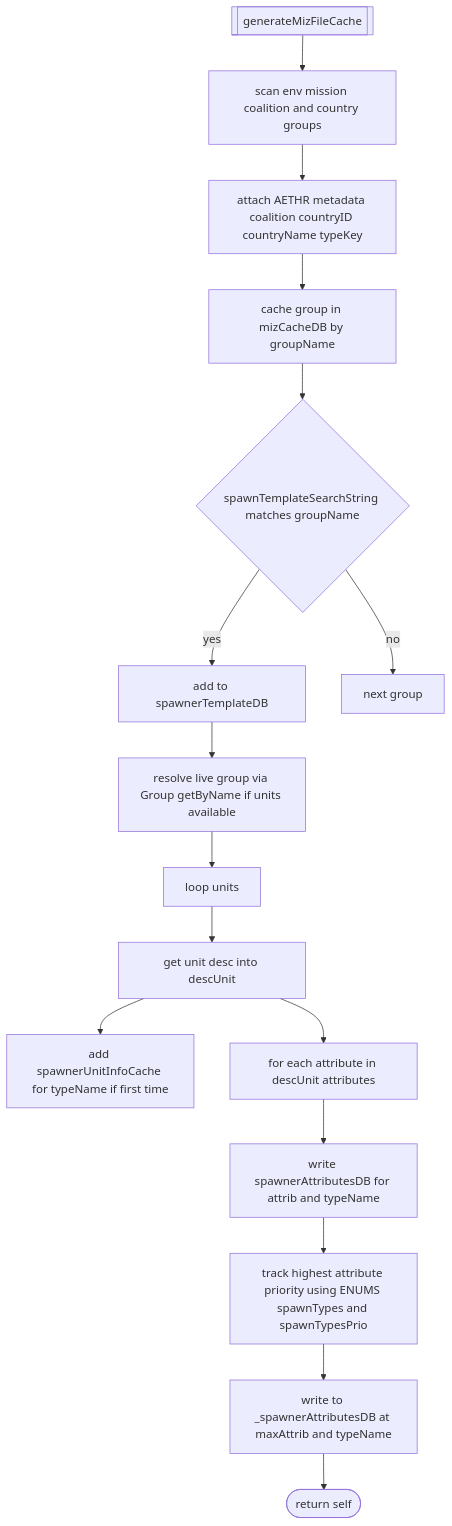
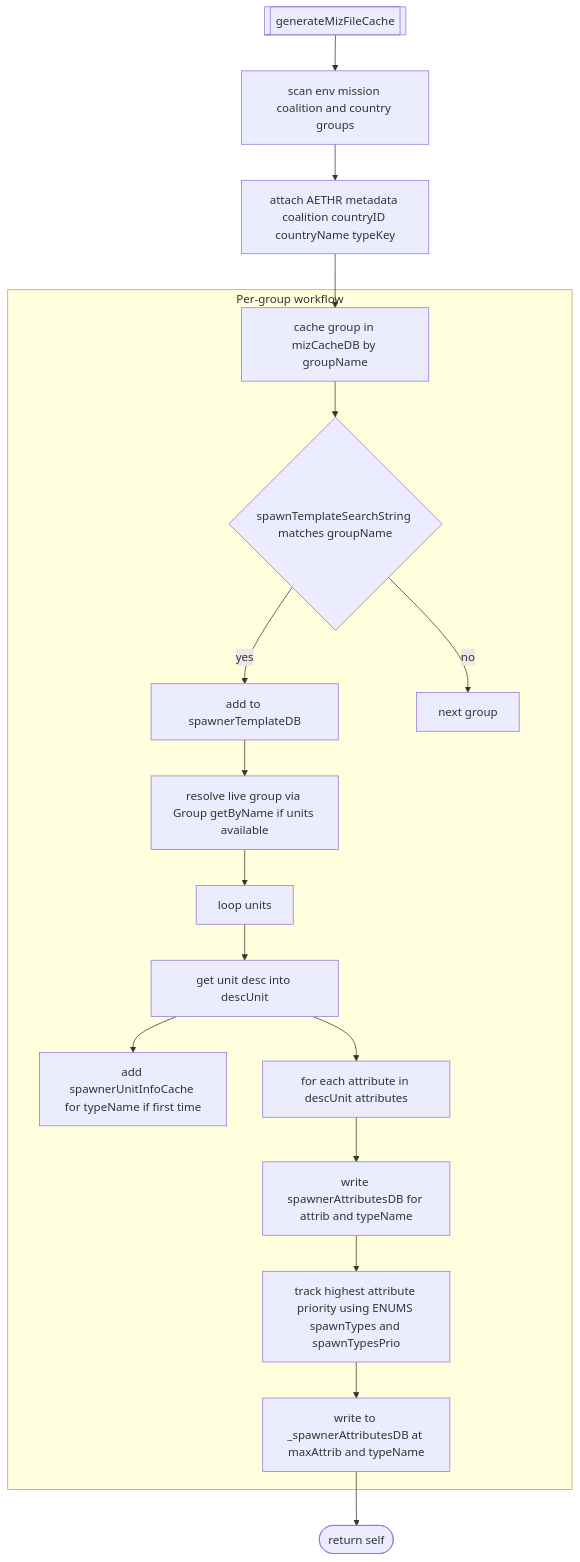
The second of 4 diagrams in docs/world/miz_cache.md (Gh0st352/AETHR), drawn with Mermaid before and after one commit. The commit also changed other lines of this file and 7 other files, not shown here.

First line of the commit message:
docs(world, mermaid): normalize headings and standardize Mermaid diagrams

````diff
--- a/docs/world/miz_cache.md
+++ b/docs/world/miz_cache.md
@@ -37,18 +43,26 @@
 ```mermaid
+%% shared theme: docs/_mermaid/theme.json %%
 flowchart TD
   G0[[generateMizFileCache]] --> SCAN[scan env mission coalition and country groups]
   SCAN --> META[attach AETHR metadata coalition countryID countryName typeKey]
   META --> MC[cache group in mizCacheDB by groupName]
-  MC --> F0{spawnTemplateSearchString matches groupName}
-  F0 -- yes --> T0[add to spawnerTemplateDB]
-  F0 -- no --> NEXT0[next group]
-  T0 --> U0[resolve live group via Group getByName if units available]
-  U0 --> L0[loop units]
-  L0 --> D0[get unit desc into descUnit]
-  D0 --> U1[add spawnerUnitInfoCache for typeName if first time]
-  D0 --> A0[for each attribute in descUnit attributes]
-  A0 --> A1[write spawnerAttributesDB for attrib and typeName]
-  A1 --> P0[track highest attribute priority using ENUMS spawnTypes and spawnTypesPrio]
-  P0 --> W0[write to _spawnerAttributesDB at maxAttrib and typeName]
+  subgraph "Per-group workflow"
+    MC --> F0{spawnTemplateSearchString matches groupName}
+    F0 -- "yes" --> T0[add to spawnerTemplateDB]
+    F0 -- "no" --> NEXT0[next group]
+    T0 --> U0[resolve live group via Group getByName if units available]
+    U0 --> L0[loop units]
+    L0 --> D0[get unit desc into descUnit]
+    D0 --> U1[add spawnerUnitInfoCache for typeName if first time]
+    D0 --> A0[for each attribute in descUnit attributes]
+    A0 --> A1[write spawnerAttributesDB for attrib and typeName]
+    A1 --> P0[track highest attribute priority using ENUMS spawnTypes and spawnTypesPrio]
+    P0 --> W0[write to _spawnerAttributesDB at maxAttrib and typeName]
+  end
   W0 --> END([return self])
+
+  class F0 class_decision;
+  class END class_result;
+  class G0,SCAN,META,MC,T0,U0,L0,D0,NEXT0 class_step;
+  class U1,A0,A1,P0,W0 class_data;
 ```
````
